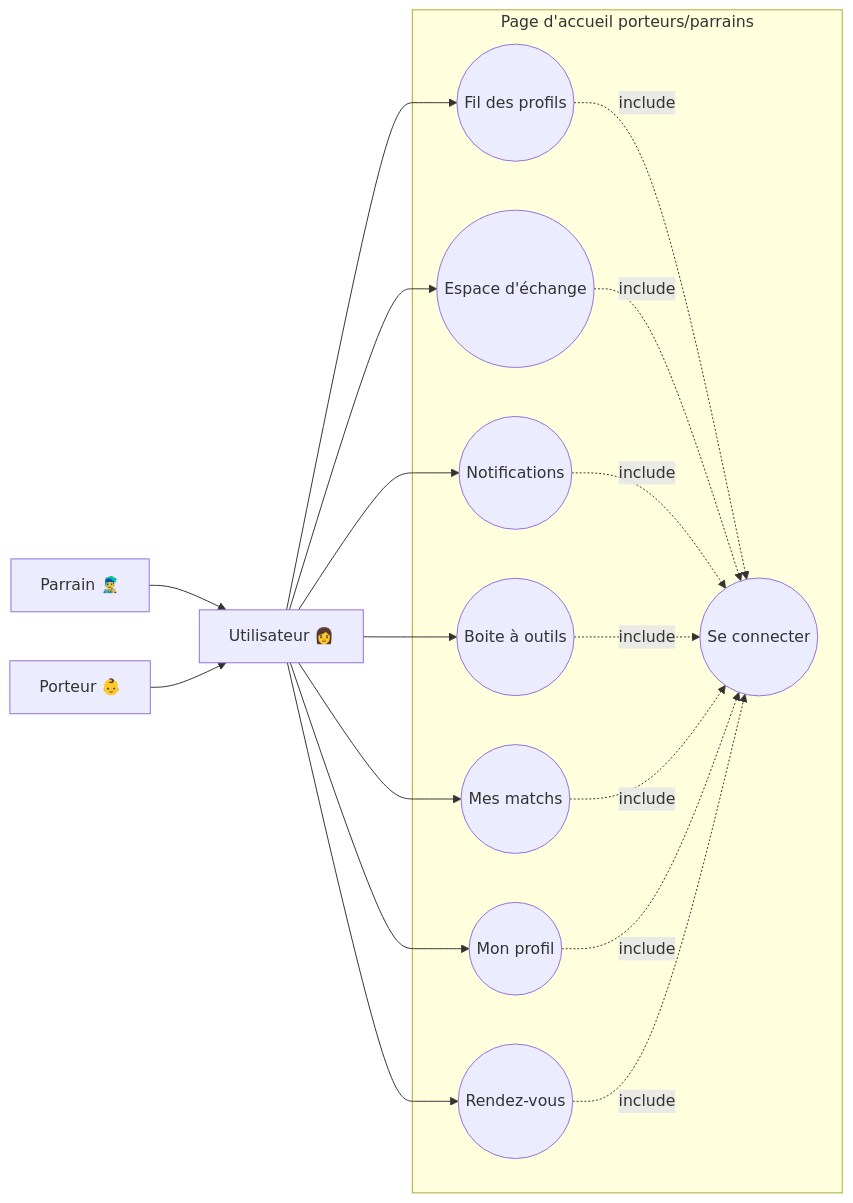
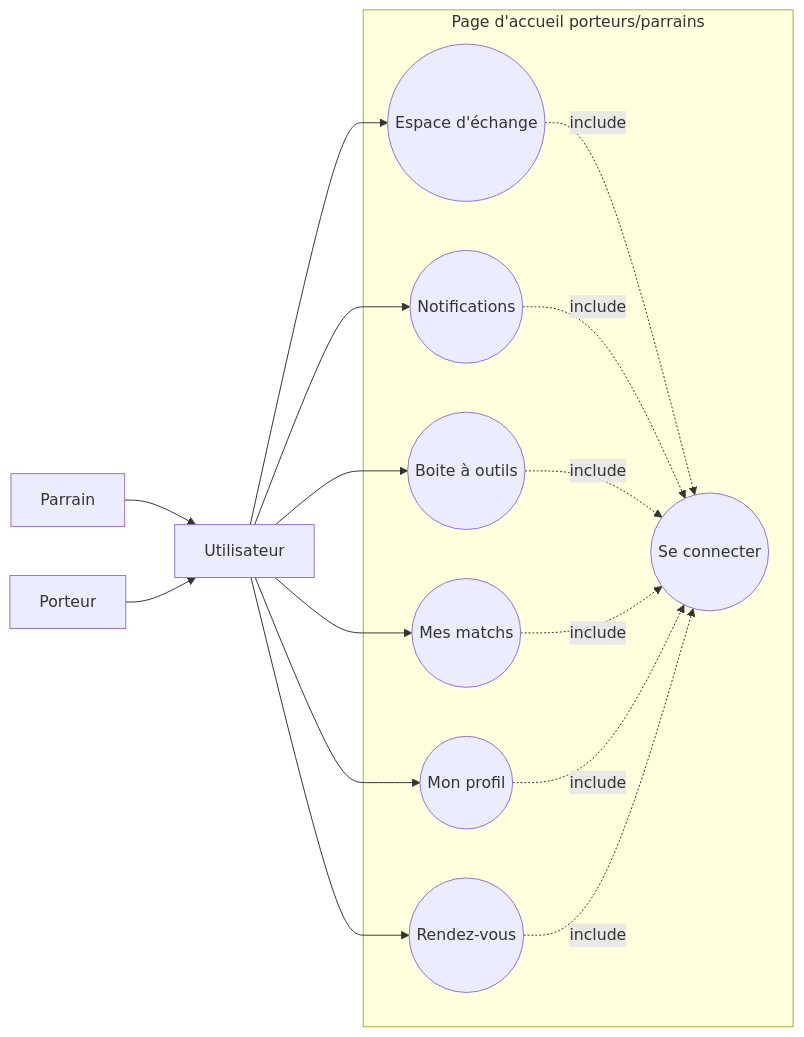
The first of 8 diagrams in docs/use-cases/useCaseDiagram.md (corantoine/TTM), drawn with Mermaid before and after one commit. The commit also changed other lines of this file and 31 other files, not shown here.

````diff
--- a/docs/use-cases/useCaseDiagram.md
+++ b/docs/use-cases/useCaseDiagram.md
@@ -2,30 +2,27 @@
 ```mermaid
 flowchart LR
 subgraph Page d'accueil porteurs/parrains
-uc1((Fil des profils))
 uc2((Se connecter))
 uc3((Espace d'échange))
 uc4((Notifications))
 uc5((Boite à outils))
 uc6((Mes matchs))
 uc7((Mon profil))
 uc8((Rendez-vous))
 
 end
-user[Utilisateur 👩]
-port[Porteur 👶]
-parr[Parrain 👨‍🎤]
+user[Utilisateur]
+port[Porteur]
+parr[Parrain]
 
 parr --> user
 port --> user
 
 
-user --> uc1-. include .-> uc2
 user --> uc3-. include .-> uc2
 user --> uc4-. include .-> uc2
 user --> uc5-. include .-> uc2
 user --> uc6-. include .-> uc2
 user --> uc7-. include .-> uc2
 user --> uc8-. include .-> uc2
-
 ```
````
